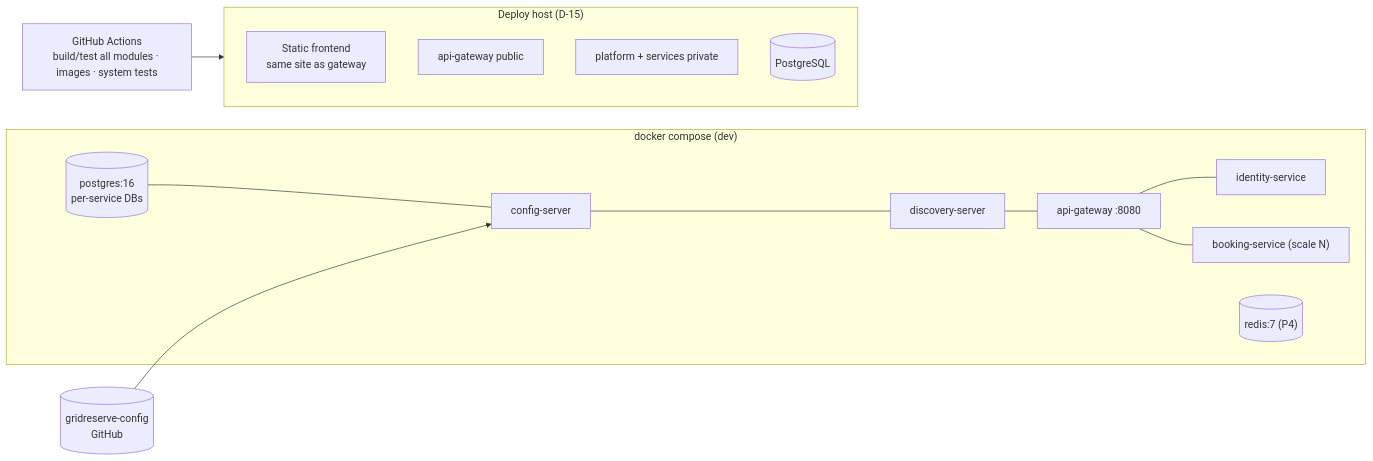
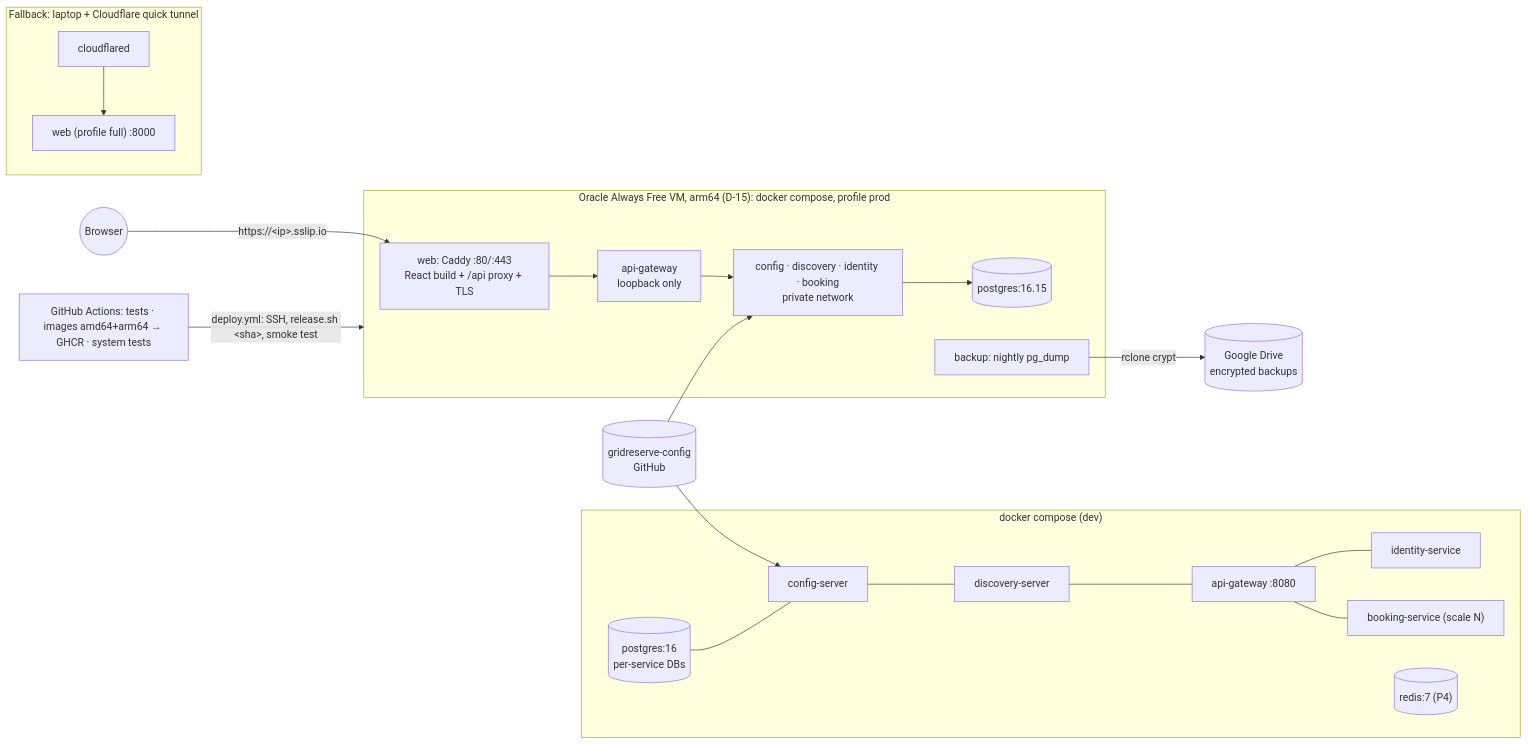
Before and after one commit to chhavinath-bit/GridReserve: the seventh of 7 diagrams in ARCHITECTURE.md, drawn with Mermaid. The commit also changed other lines of this file and 9 other files, not shown here.

````diff
--- a/ARCHITECTURE.md
+++ b/ARCHITECTURE.md
@@ -872,19 +872,27 @@
 ```mermaid
 flowchart LR
     subgraph Local["docker compose (dev)"]
         PGL[(postgres:16<br/>per-service DBs)] --- CS[config-server]
         CS --- DS[discovery-server]
         DS --- AG[api-gateway :8080]
         AG --- IDS[identity-service]
         AG --- BKS["booking-service (scale N)"]
         RDL[("redis:7 (P4)")]
     end
     CR[(gridreserve-config<br/>GitHub)] --> CS
-    subgraph Host["Deploy host (D-15)"]
-        FE[Static frontend<br/>same site as gateway]
-        HG[api-gateway public]
-        HS[platform + services private]
-        HDB[(PostgreSQL)]
+    subgraph Host["Oracle Always Free VM, arm64 (D-15): docker compose, profile prod"]
+        WEB["web: Caddy :80/:443<br/>React build + /api proxy + TLS"]
+        HG[api-gateway<br/>loopback only]
+        HS[config · discovery · identity · booking<br/>private network]
+        HDB[(postgres:16.15)]
+        BK[backup: nightly pg_dump]
     end
-    GH["GitHub Actions<br/>build/test all modules · images · system tests"] --> Host
+    GD[(Google Drive<br/>encrypted backups)]
+    U((Browser)) -->|"https://&lt;ip&gt;.sslip.io"| WEB --> HG --> HS --> HDB
+    BK -->|rclone crypt| GD
+    GH["GitHub Actions: tests · images amd64+arm64 → GHCR · system tests"] -->|"deploy.yml: SSH, release.sh &lt;sha&gt;, smoke test"| Host
+    CR --> HS
+    subgraph Laptop["Fallback: laptop + Cloudflare quick tunnel"]
+        TUN[cloudflared] --> LW["web (profile full) :8000"]
+    end
 ```
````
